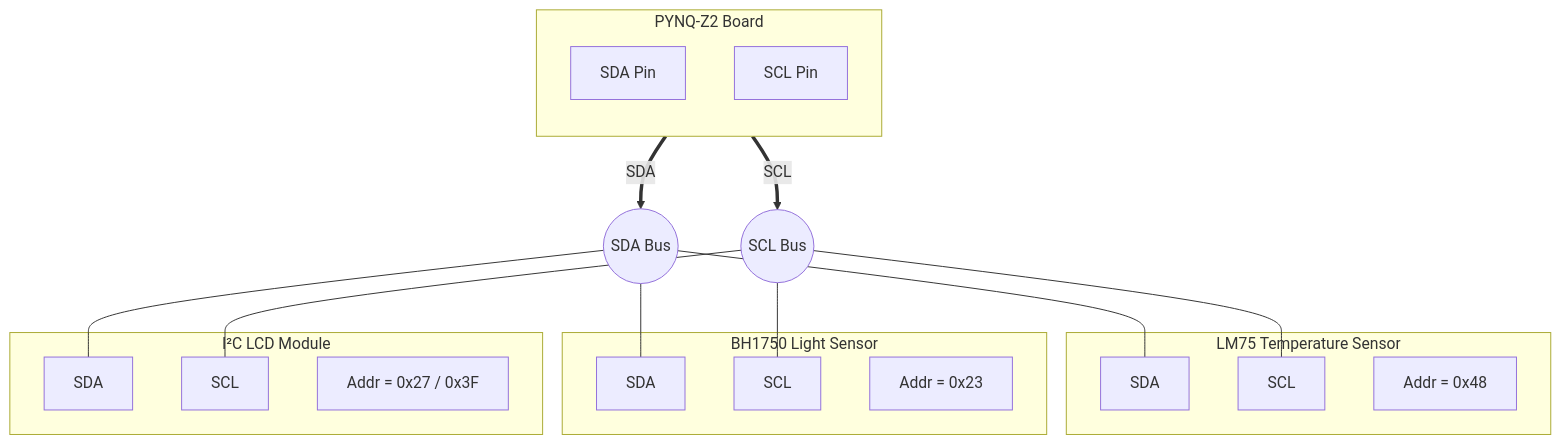
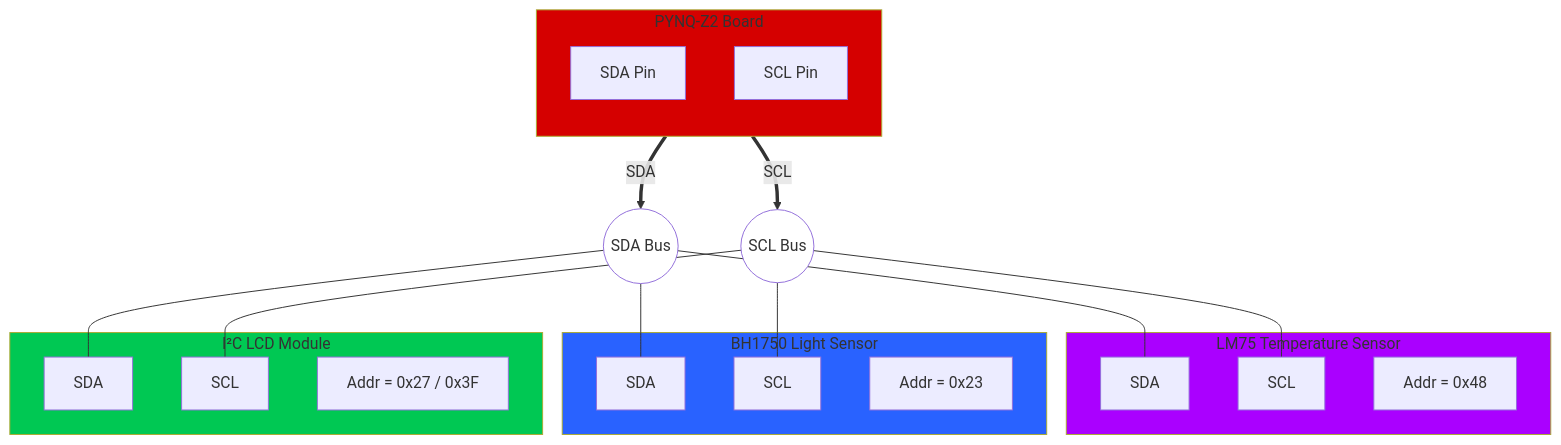
Before and after one commit to nhoangkiet35/Smart-RGB-Ambient-Lighting-System: the fifth of 5 diagrams in README.md, drawn with Mermaid. The commit also changed other lines of this file, not shown here.

````diff
--- a/README.md
+++ b/README.md
@@ -281,39 +305,34 @@
 ```mermaid
 flowchart TB
-    subgraph PYNQ_Z2 [PYNQ-Z2 Board]
-        direction TB
-        SDA_P[SDA Pin]
-        SCL_P[SCL Pin]
-    end
+ subgraph PYNQ_Z2["PYNQ-Z2 Board"]
+    direction TB
+        SDA_P["SDA Pin"]
+        SCL_P["SCL Pin"]
+  end
+ subgraph LM75["LM75 Temperature Sensor"]
+        SDA1["SDA"]
+        SCL1["SCL"]
+        ADDR1["Addr = 0x48"]
+  end
+ subgraph BH1750["BH1750 Light Sensor"]
+        SDA2["SDA"]
+        SCL2["SCL"]
+        ADDR2["Addr = 0x23"]
+  end
+ subgraph LCD["I²C LCD Module"]
+        SDA3["SDA"]
+        SCL3["SCL"]
+        ADDR3["Addr = 0x27 / 0x3F"]
+  end
+    SDA_P == SDA ==> SDA_BUS(("SDA Bus"))
+    SCL_P == SCL ==> SCL_BUS(("SCL Bus"))
+    SDA_BUS --- SDA1 & SDA2 & SDA3
+    SCL_BUS --- SCL1 & SCL2 & SCL3
 
-    SDA_P == SDA ==> SDA_BUS((SDA Bus))
-    SCL_P == SCL ==> SCL_BUS((SCL Bus))
-
-    %% --- SLAVES ---
-    subgraph LM75 [LM75 Temperature Sensor]
-        SDA1[SDA]
-        SCL1[SCL]
-        ADDR1[Addr = 0x48]
-    end
-
-    subgraph BH1750 [BH1750 Light Sensor]
-        SDA2[SDA]
-        SCL2[SCL]
-        ADDR2[Addr = 0x23]
-    end
-
-    subgraph LCD [I²C LCD Module]
-        SDA3[SDA]
-        SCL3[SCL]
-        ADDR3[Addr = 0x27 / 0x3F]
-    end
-
-    %% --- BUS CONNECTIONS ---
-    SDA_BUS --- SDA1
-    SDA_BUS --- SDA2
-    SDA_BUS --- SDA3
-
-    SCL_BUS --- SCL1
-    SCL_BUS --- SCL2
-    SCL_BUS --- SCL3
+    style SDA_BUS fill:#FFFFFF
+    style SCL_BUS fill:#FFFFFF
+    style LCD fill:#00C853
+    style BH1750 fill:#2962FF
+    style LM75 fill:#AA00FF
+    style PYNQ_Z2 fill:#D50000
 ```
````
